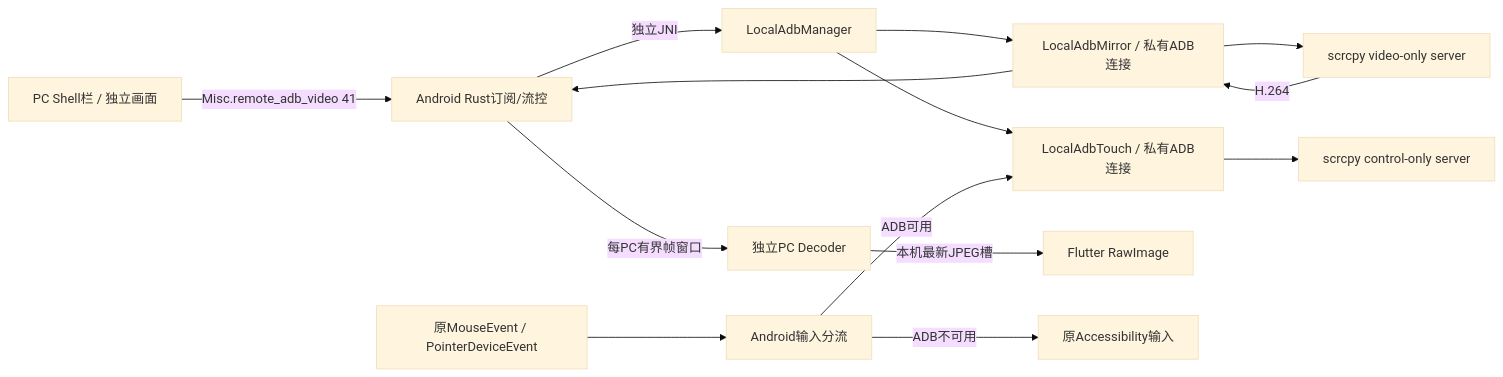
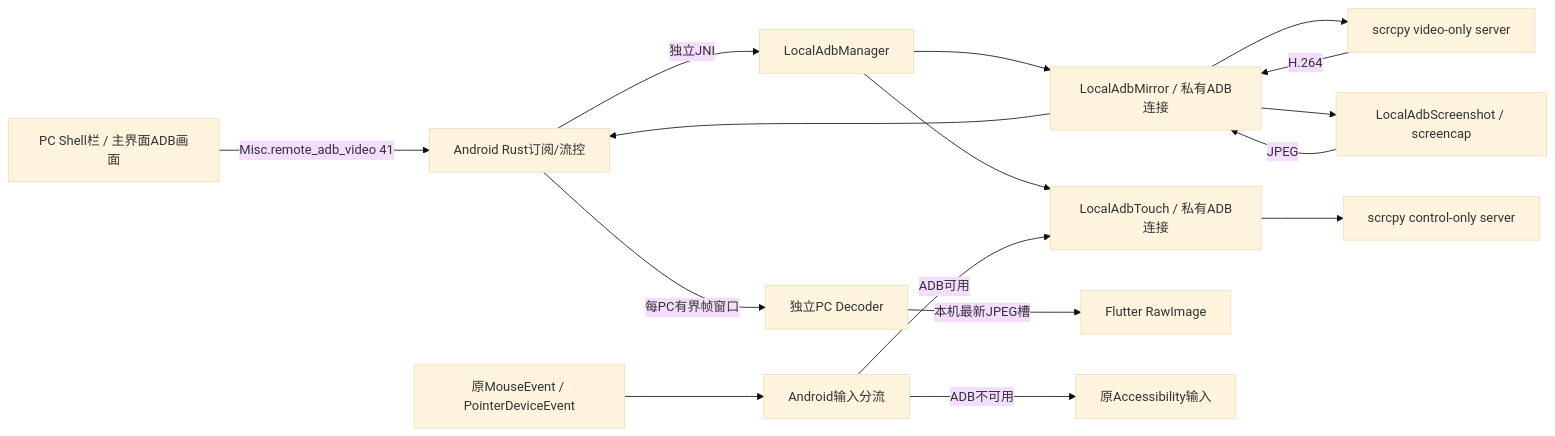
Before and after one commit to adb-shell/A-Shell-You: the diagram in docs/AI_ENGINEERING/14_ADB_MIRROR.md, drawn with Mermaid (base theme). The commit also changed other lines of this file and 34 other files, not shown here.

Commit message:
Integrate ADB display panes and continuous screenshot mode

````diff
--- a/docs/AI_ENGINEERING/14_ADB_MIRROR.md
+++ b/docs/AI_ENGINEERING/14_ADB_MIRROR.md
@@ -15,16 +19,18 @@
 ```mermaid
 flowchart LR
-  PC[PC Shell栏 / 独立画面] -->|Misc.remote_adb_video 41| HUB[Android Rust订阅/流控]
+  PC[PC Shell栏 / 主界面ADB画面] -->|Misc.remote_adb_video 41| HUB[Android Rust订阅/流控]
   HUB -->|独立JNI| MAN[LocalAdbManager]
   MAN --> VID[LocalAdbMirror / 私有ADB连接]
   MAN --> IN[LocalAdbTouch / 私有ADB连接]
   VID --> SV[scrcpy video-only server]
+  VID --> CAP[LocalAdbScreenshot / screencap]
   IN --> SC[scrcpy control-only server]
   SV -->|H.264| VID
+  CAP -->|JPEG| VID
   VID --> HUB
   HUB -->|每PC有界帧窗口| DEC[独立PC Decoder]
   DEC -->|本机最新JPEG槽| VIEW[Flutter RawImage]
   LEG[原MouseEvent / PointerDeviceEvent] --> ROUTE[Android输入分流]
   ROUTE -->|ADB可用| IN
   ROUTE -->|ADB不可用| ACC[原Accessibility输入]
 ```
````
